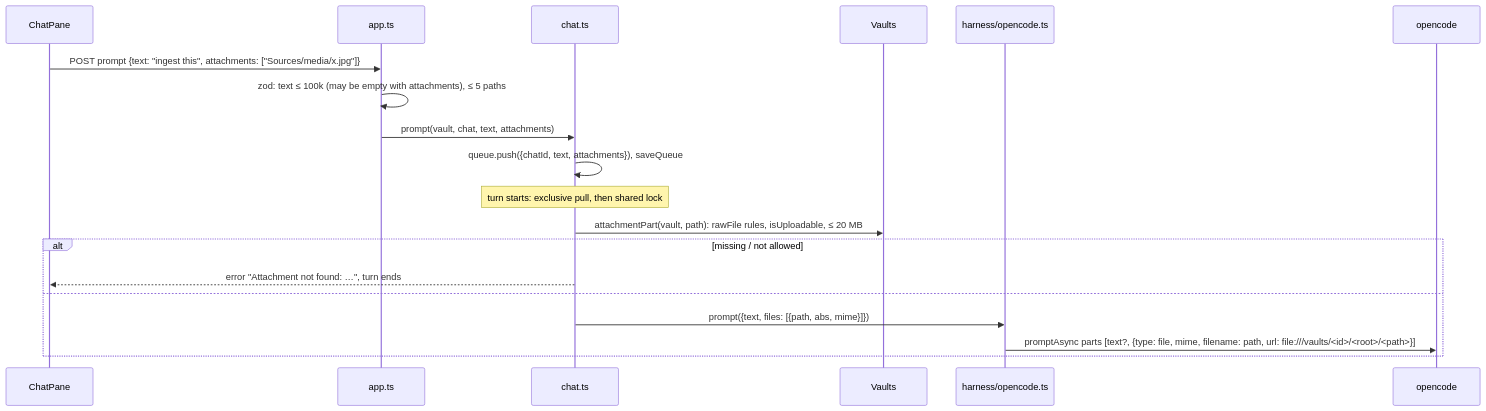
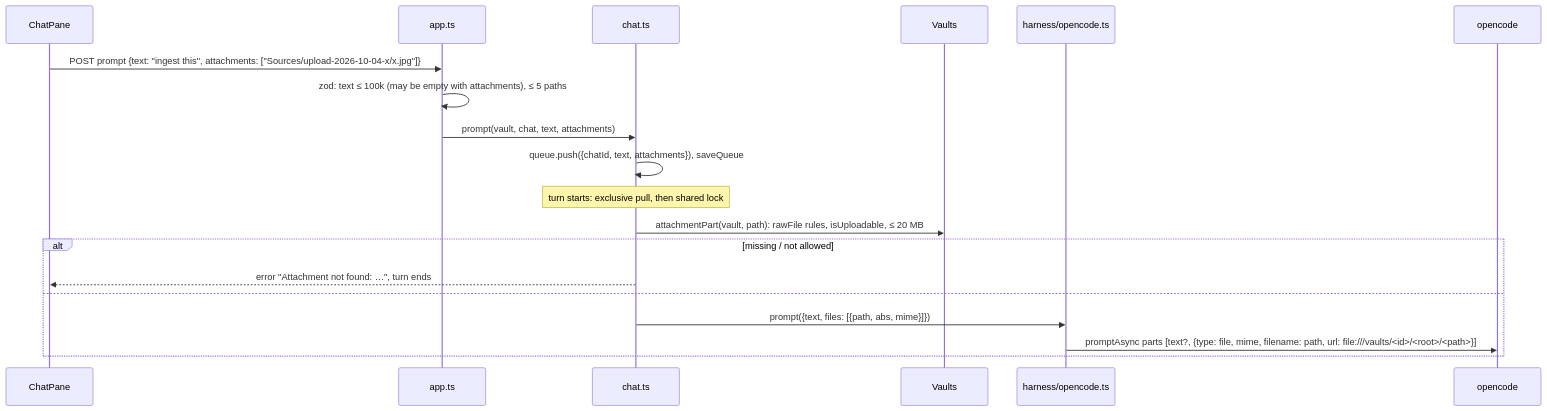
One commit to tillg/karpathy.app changed the third of 3 diagrams in specs/changes/attachments/architecture.md. Above: the diagram before and after it, drawn with Mermaid. The commit also changed other lines of this file and 3 other files, not shown here.

````diff
--- a/specs/changes/attachments/architecture.md
+++ b/specs/changes/attachments/architecture.md
@@ -203,21 +331,21 @@
 ```mermaid
 sequenceDiagram
     participant W as ChatPane
     participant A as app.ts
     participant C as chat.ts
     participant V as Vaults
     participant H as harness/opencode.ts
     participant O as opencode
-    W->>A: POST prompt {text: "ingest this", attachments: ["Sources/media/x.jpg"]}
+    W->>A: POST prompt {text: "ingest this", attachments: ["Sources/upload-2026-10-04-x/x.jpg"]}
     A->>A: zod: text ≤ 100k (may be empty with attachments), ≤ 5 paths
     A->>C: prompt(vault, chat, text, attachments)
     C->>C: queue.push({chatId, text, attachments}), saveQueue
     Note over C: turn starts: exclusive pull, then shared lock
     C->>V: attachmentPart(vault, path): rawFile rules, isUploadable, ≤ 20 MB
     alt missing / not allowed
       C-->>W: error "Attachment not found: …", turn ends
     else
       C->>H: prompt({text, files: [{path, abs, mime}]})
       H->>O: promptAsync parts [text?, {type: file, mime, filename: path, url: file:///vaults/<id>/<root>/<path>}]
     end
 ```
````
